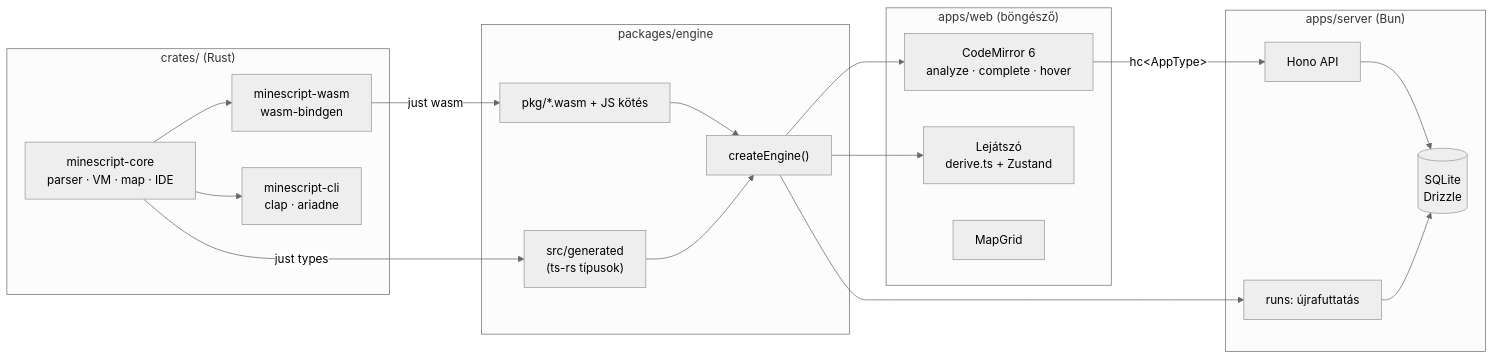
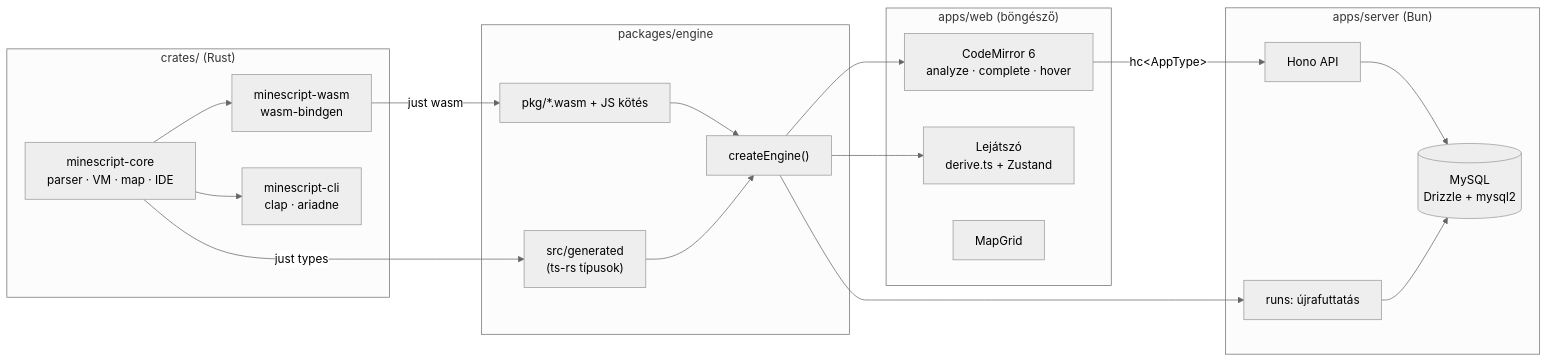
One commit to buninstall/dusza-2026 changed the diagram in docs/architektura.md. Above: the diagram before and after it, drawn with Mermaid (neutral theme). The commit also changed other lines of this file and 4 other files, not shown here.

````diff
--- a/docs/architektura.md
+++ b/docs/architektura.md
@@ -7,35 +7,35 @@
 ```mermaid
 flowchart LR
   subgraph Rust["crates/ (Rust)"]
     core["minescript-core<br/>parser · VM · map · IDE"]
     wasm["minescript-wasm<br/>wasm-bindgen"]
     cli["minescript-cli<br/>clap · ariadne"]
     core --> wasm
     core --> cli
   end
   subgraph Engine["packages/engine"]
     pkg["pkg/*.wasm + JS kötés"]
     types["src/generated<br/>(ts-rs típusok)"]
     api["createEngine()"]
   end
   wasm -- "just wasm" --> pkg
   core -- "just types" --> types
   pkg --> api
   types --> api
   subgraph Web["apps/web (böngésző)"]
     editor["CodeMirror 6<br/>analyze · complete · hover"]
     player["Lejátszó<br/>derive.ts + Zustand"]
     grid["MapGrid"]
   end
   subgraph Server["apps/server (Bun)"]
     hono["Hono API"]
-    db[("SQLite<br/>Drizzle")]
+    db[("MySQL<br/>Drizzle + mysql2")]
     rerun["runs: újrafuttatás"]
   end
   api --> editor
   api --> player
   api --> rerun
   editor -- "hc&lt;AppType&gt;" --> hono
   hono --> db
   rerun --> db
 ```
````
